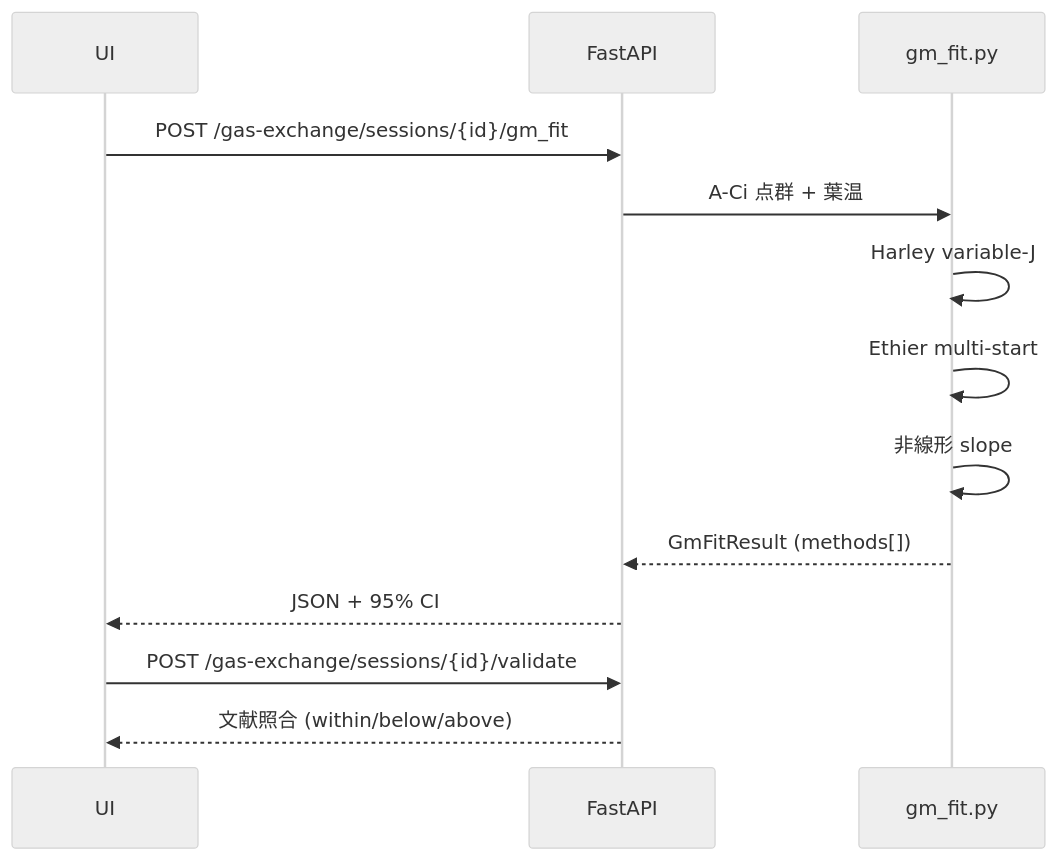
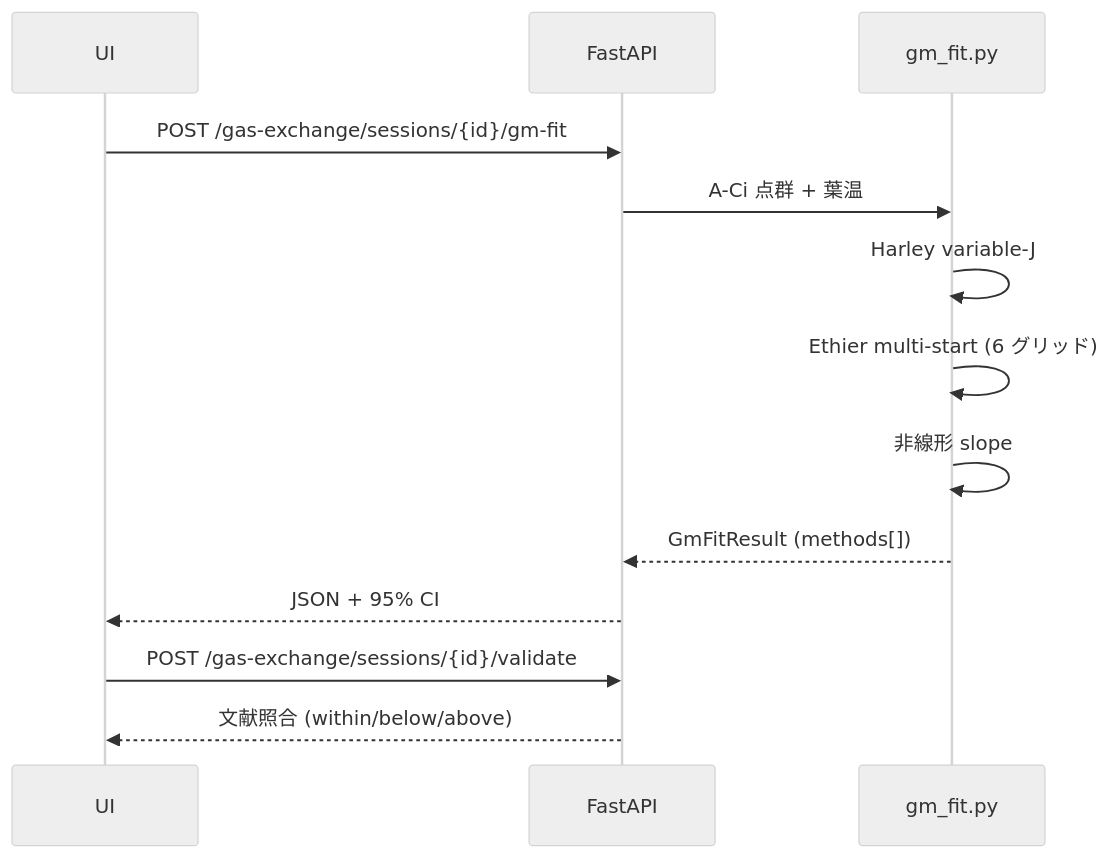
One commit to koyonx/tools_for_plants_research changed the diagram in frontend/content/docs/pipelines/gm-farquhar.md. Above: the diagram before and after it, drawn with Mermaid (neutral theme). The commit also changed other lines of this file and 17 other files, not shown here.

````diff
--- a/frontend/content/docs/pipelines/gm-farquhar.md
+++ b/frontend/content/docs/pipelines/gm-farquhar.md
@@ -71,15 +70,15 @@
 ```mermaid
 sequenceDiagram
     participant U as UI
     participant BE as FastAPI
     participant F as gm_fit.py
-    U->>BE: POST /gas-exchange/sessions/{id}/gm_fit
+    U->>BE: POST /gas-exchange/sessions/{id}/gm-fit
     BE->>F: A-Ci 点群 + 葉温
     F->>F: Harley variable-J
-    F->>F: Ethier multi-start
+    F->>F: Ethier multi-start (6 グリッド)
     F->>F: 非線形 slope
     F-->>BE: GmFitResult (methods[])
     BE-->>U: JSON + 95% CI
     U->>BE: POST /gas-exchange/sessions/{id}/validate
     BE-->>U: 文献照合 (within/below/above)
 ```
````
